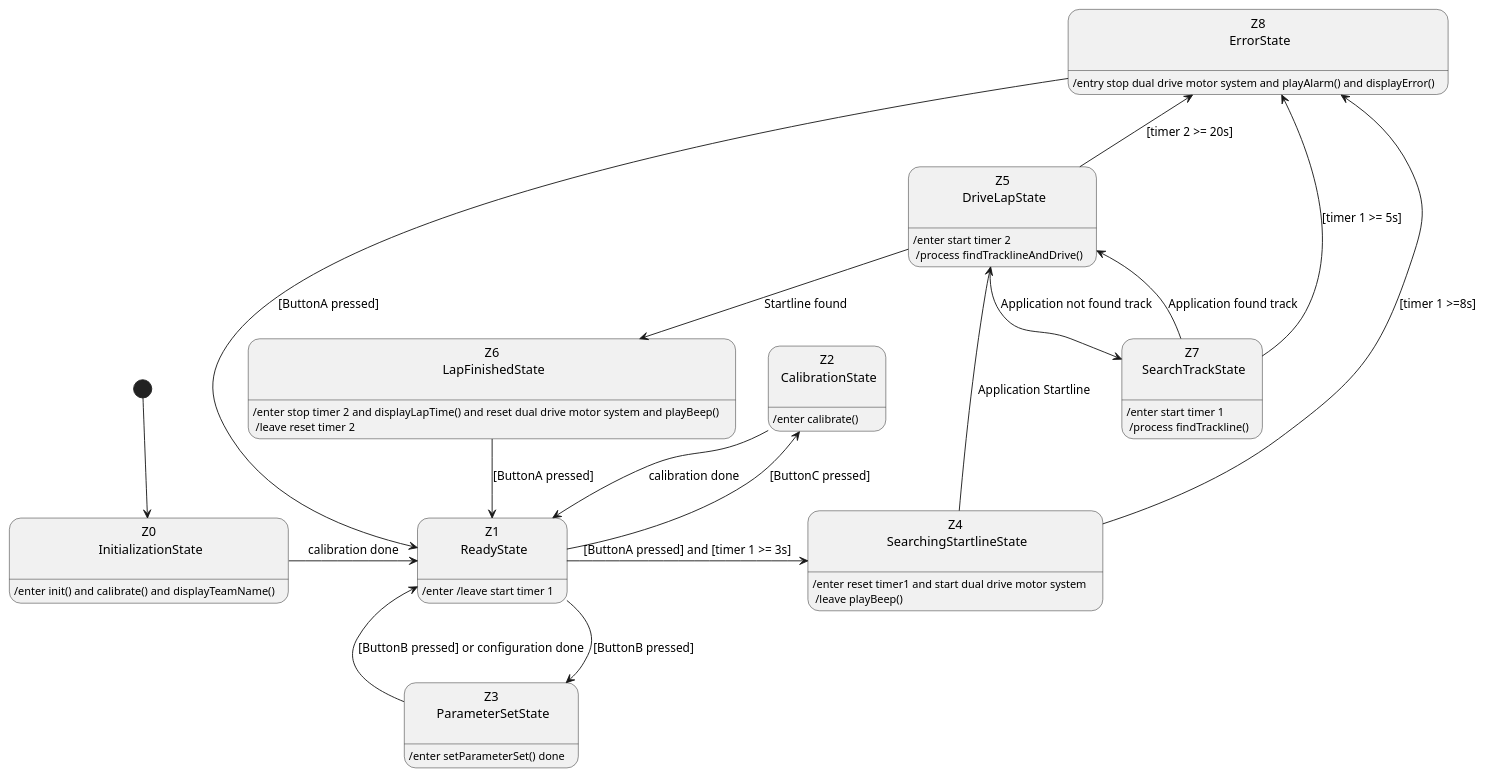
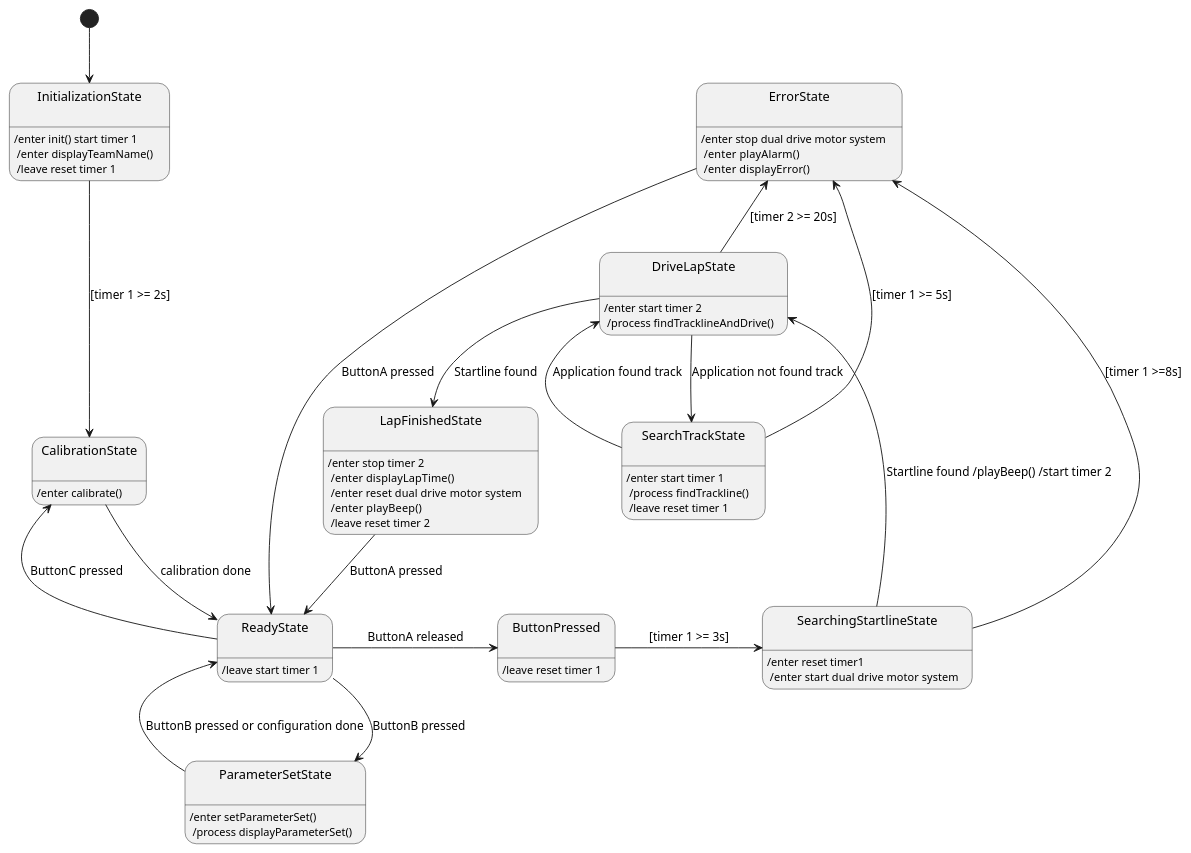
One commit to Jordan5652/Line-Follower-Software-for-Pololu-Zumo32U4 changed the diagram in Task 2/State Diagram/State Diagram/Statediagram.wsd. Above: the diagram before and after it, drawn with PlantUML.

Commit message:
Update Statediagram.wsd
Verbesserung So richtig bis jetzt

```diff
--- a/Task 2/State Diagram/State Diagram/Statediagram.wsd
+++ b/Task 2/State Diagram/State Diagram/Statediagram.wsd
@@ -1,32 +1,33 @@
 @startuml
 [*] --> State1
 
-state State1 as "Z0\n InitializationState\n": /enter init() and calibrate() and displayTeamName() 
-state State2 as "Z1\n ReadyState\n": /enter /leave start timer 1
-state State3 as "Z2\n CalibrationState\n": /enter calibrate()
-state State4 as "Z3\n ParameterSetState\n": /enter setParameterSet() done
-state State5 as "Z4\n SearchingStartlineState\n": /enter reset timer1 and start dual drive motor system \n /leave playBeep()
-state State6 as "Z5\n DriveLapState\n": /enter start timer 2 \n /process findTracklineAndDrive()
-state State7 as "Z6\n LapFinishedState\n": /enter stop timer 2 and displayLapTime() and reset dual drive motor system and playBeep() \n /leave reset timer 2
-state State8 as "Z7\n SearchTrackState\n": /enter start timer 1 \n /process findTrackline()
-state State9 as "Z8\n ErrorState\n": /entry stop dual drive motor system and playAlarm() and displayError()
+state State1 as "InitializationState\n": /enter init() start timer 1 \n /enter displayTeamName() \n /leave reset timer 1
+state State2 as "ReadyState\n": /leave start timer 1 
+state State3 as "CalibrationState\n": /enter calibrate()
+state State4 as "ParameterSetState\n": /enter setParameterSet() \n /process displayParameterSet()
+state State5 as "SearchingStartlineState\n": /enter reset timer1 \n /enter  start dual drive motor system
+state State6 as "DriveLapState\n": /enter start timer 2 \n /process findTracklineAndDrive()
+state State7 as "LapFinishedState\n": /enter stop timer 2 \n /enter  displayLapTime() \n /enter  reset dual drive motor system \n /enter  playBeep() \n /leave reset timer 2
+state State8 as "SearchTrackState\n": /enter start timer 1 \n /process findTrackline() \n /leave reset timer 1
+state State9 as "ErrorState\n": /enter stop dual drive motor system \n /enter  playAlarm() \n /enter  displayError()
+state State10 as "ButtonPressed\n": /leave reset timer 1
 
  
-State1 -right--> State2 : calibration done
-State2 -up-> State3 : [ButtonC pressed]
-State2 -down-> State4 : [ButtonB pressed]
-State2 -right-> State5 : [ButtonA pressed] and [timer 1 >= 3s]
+State1 -down--> State3 : [timer 1 >= 2s]
+State2 -up-> State3 : ButtonC pressed
+State2 -down-> State4 : ButtonB pressed
+State2 -right-> State10 : ButtonA released
+State10 -right-> State5 : [timer 1 >= 3s]
+State2 <-down- State3 : calibration done
+State2 <-left- State4 : ButtonB pressed or configuration done
 
-State2 <-down- State3 : calibration done
-State2 <-left- State4 : [ButtonB pressed] or configuration done
-
-State5 -right-> State6 : Application Startline 
+State5 -right-> State6 : Startline found /playBeep() /start timer 2
 State6 -down-> State8 : Application not found track
 State8 -up-> State6 : Application found track
 State6 -down-> State7 : Startline found
 State6 -up-> State9 : [timer 2 >= 20s]
-State7 -down-> State2 : [ButtonA pressed]
+State7 -down-> State2 : ButtonA pressed
 State8 -up-> State9 : [timer 1 >= 5s]
 State5 --> State9 : [timer 1 >=8s]
-State9 -down-> State2 : [ButtonA pressed]
+State9 -down-> State2 : ButtonA pressed
 @enduml
```
